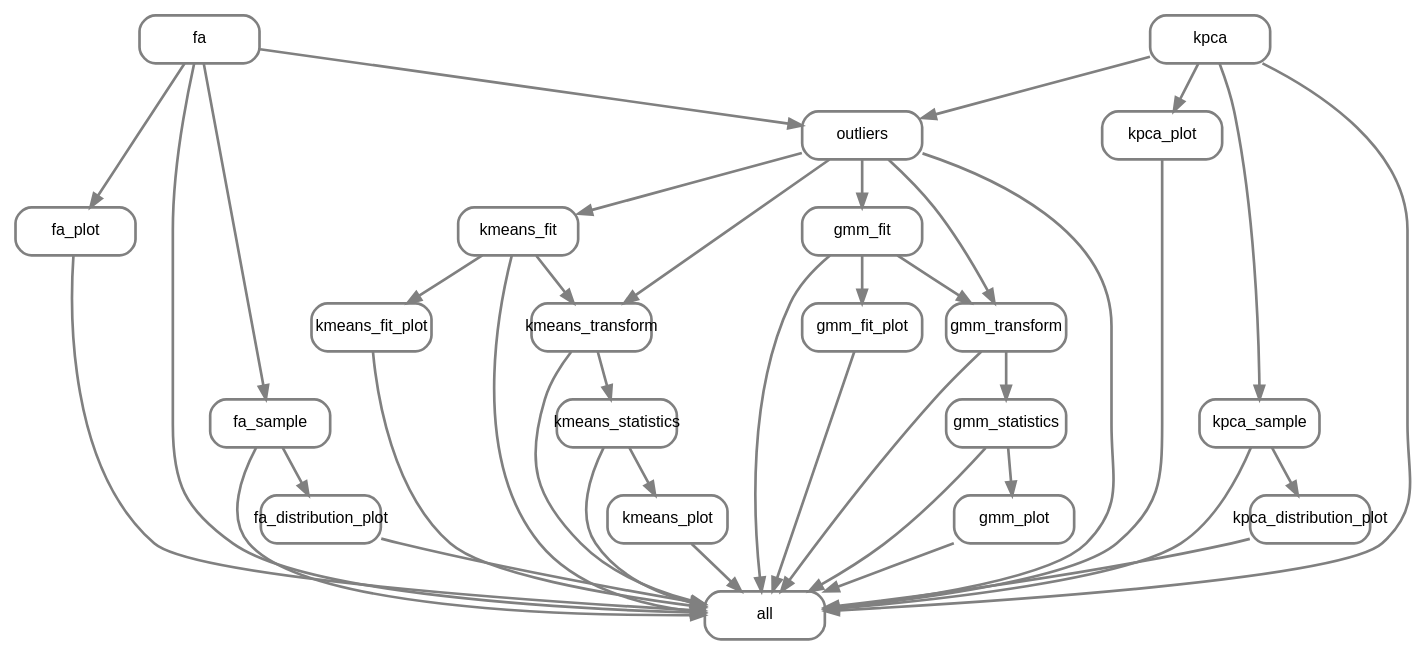
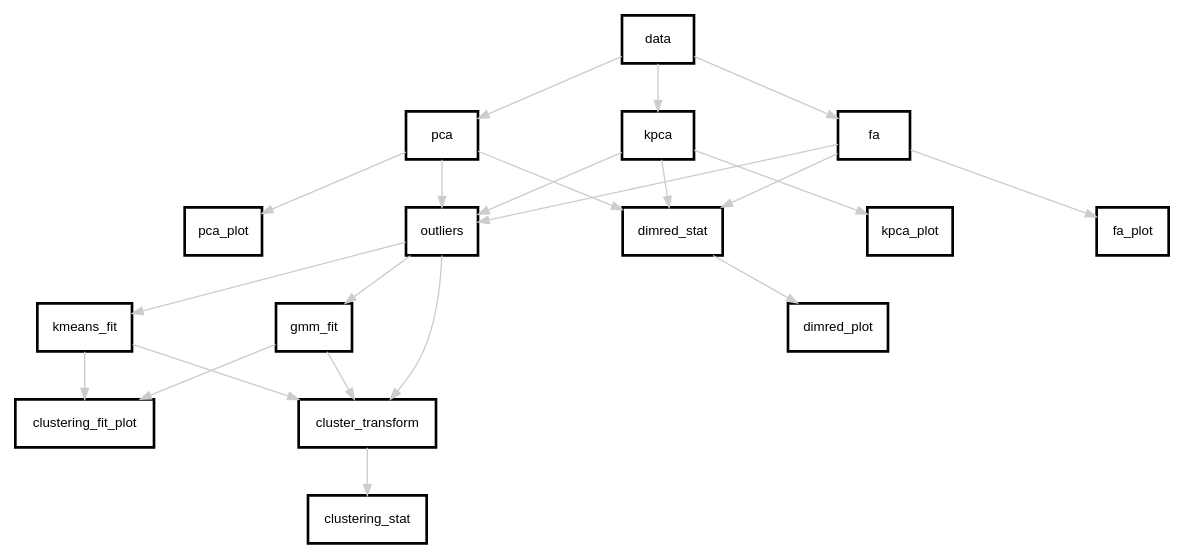
The diagram in fig/snakeflow.dot (cbg-ethz/pybda), drawn with Graphviz before and after one commit. The commit also changed 15 other files, not shown here.

```diff
--- a/fig/snakeflow.dot
+++ b/fig/snakeflow.dot
@@ -1,64 +1,42 @@
 digraph snakemake_dag {
-    graph[bgcolor=white, margin=0];
-    node[shape=box, style=rounded, fontname=sans, fontsize=12, penwidth=2,  fixedsize=true, width=1.25, fontname = "helvetica"];
-    edge[penwidth=2, color=grey];
-	0[label = "all", color = grey, style="rounded"];
-	1[label = "kmeans_fit", color = grey, style="rounded"];
-	2[label = "kmeans_transform", color = grey, style="rounded"];
-	3[label = "gmm_plot", color = grey, style="rounded"];
-	4[label = "kmeans_fit_plot", color = grey, style="rounded"];
-	5[label = "kpca_plot", color = grey, style="rounded"];
-	6[label = "gmm_fit", color = grey, style="rounded"];
-	7[label = "kmeans_statistics", color = grey, style="rounded"];
-	8[label = "fa", color = grey, style="rounded"];
-	9[label = "gmm_statistics", color = grey, style="rounded"];
-	10[label = "gmm_fit_plot", color = grey, style="rounded"];
-	11[label = "kmeans_plot", color = grey, style="rounded"];
-	12[label = "gmm_transform", color = grey, style="rounded"];
-	13[label = "kpca_sample", color = grey, style="rounded"];
-	14[label = "fa_plot", color = grey, style="rounded"];
-	15[label = "kpca_distribution_plot", color = grey, style="rounded"];
-	16[label = "fa_distribution_plot", color = grey, style="rounded"];
-	17[label = "kpca", color = grey, style="rounded"];
-	18[label = "outliers", color = grey, style="rounded"];
-	19[label = "fa_sample", color = grey, style="rounded"];
-	1 -> 0
-	2 -> 0
-	3 -> 0
-	4 -> 0
-	5 -> 0
-	6 -> 0
-	7 -> 0
-	8 -> 0
-	9 -> 0
-	10 -> 0
-	11 -> 0
-	12 -> 0
-	13 -> 0
-	14 -> 0
-	15 -> 0
-	16 -> 0
-	17 -> 0
-	18 -> 0
-	19 -> 0
-	18 -> 1
+    graph[bgcolor=white, margin=0,fontname="helvetica"];
+    node[shape=rectangle, style=rectangle, fontname="helvetica", fontsize=10, penwidth=2];
+    edge[penwidth=1, color=grey80, arrowsize=.8];
+    nodesep=1.5;
+    15[label = "data",style="rectangle"];
+	1[label = "pca",style="rectangle"];
+	2[label = "pca_plot", style="rectangle"];
+	3[label = "outliers", style="rectangle"];
+	4[label = "fa", style="rectangle"];
+	5[label = "cluster_transform",style="rectangle"];
+	6[label = "gmm_fit",  style="rectangle"];
+	7[label = "dimred_stat",style="rectangle"];
+	8[label = "kpca", style="rectangle"];
+	9[label = "kpca_plot", style="rectangle"];
+	10[label = "clustering_stat", style="rectangle"];
+	11[label = "kmeans_fit",  style="rectangle"];
+	12[label = "dimred_plot",  style="rectangle"];
+	13[label = "fa_plot",  style="rectangle"];
+	14[label = "clustering_fit_plot",style="rectangle"];	
+	15 -> 1
+	15 -> 4
+	15 -> 8
 	1 -> 2
-	18 -> 2
-	9 -> 3
-	1 -> 4
-	17 -> 5
-	18 -> 6
-	2 -> 7
-	12 -> 9
-	6 -> 10
-	7 -> 11
-	6 -> 12
-	18 -> 12
-	17 -> 13
-	8 -> 14
-	13 -> 15
-	19 -> 16
-	8 -> 18
-	17 -> 18
-	8 -> 19
+	8 -> 3
+	1 -> 3
+	4 -> 3
+	11 -> 5
+	6 -> 5
+	3 -> 5
+	3 -> 6
+	8 -> 7
+	1 -> 7
+	4 -> 7
+	8 -> 9
+	5 -> 10
+	3 -> 11
+	7 -> 12
+	4 -> 13
+	11 -> 14
+	6 -> 14
 }            
```
